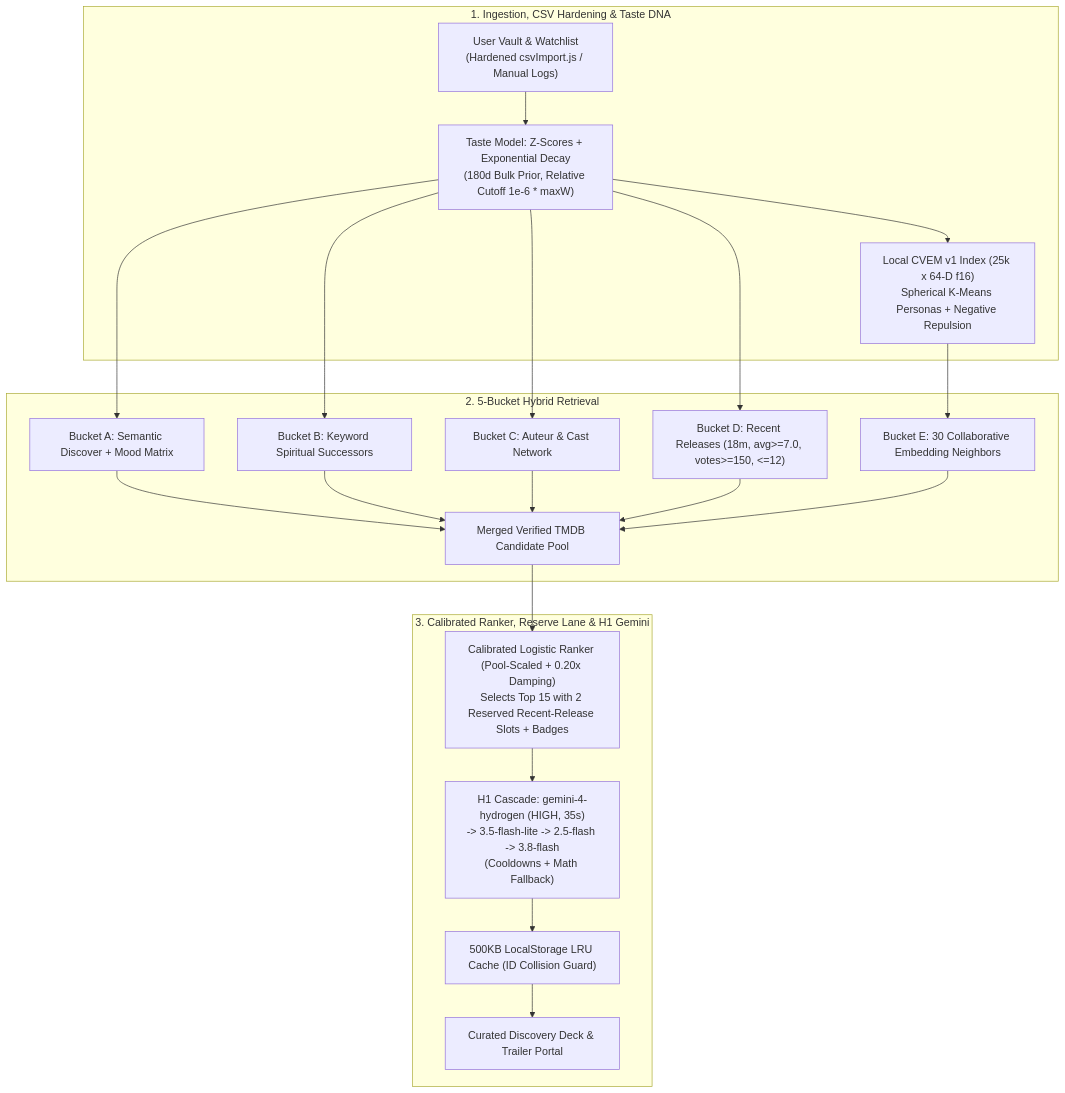
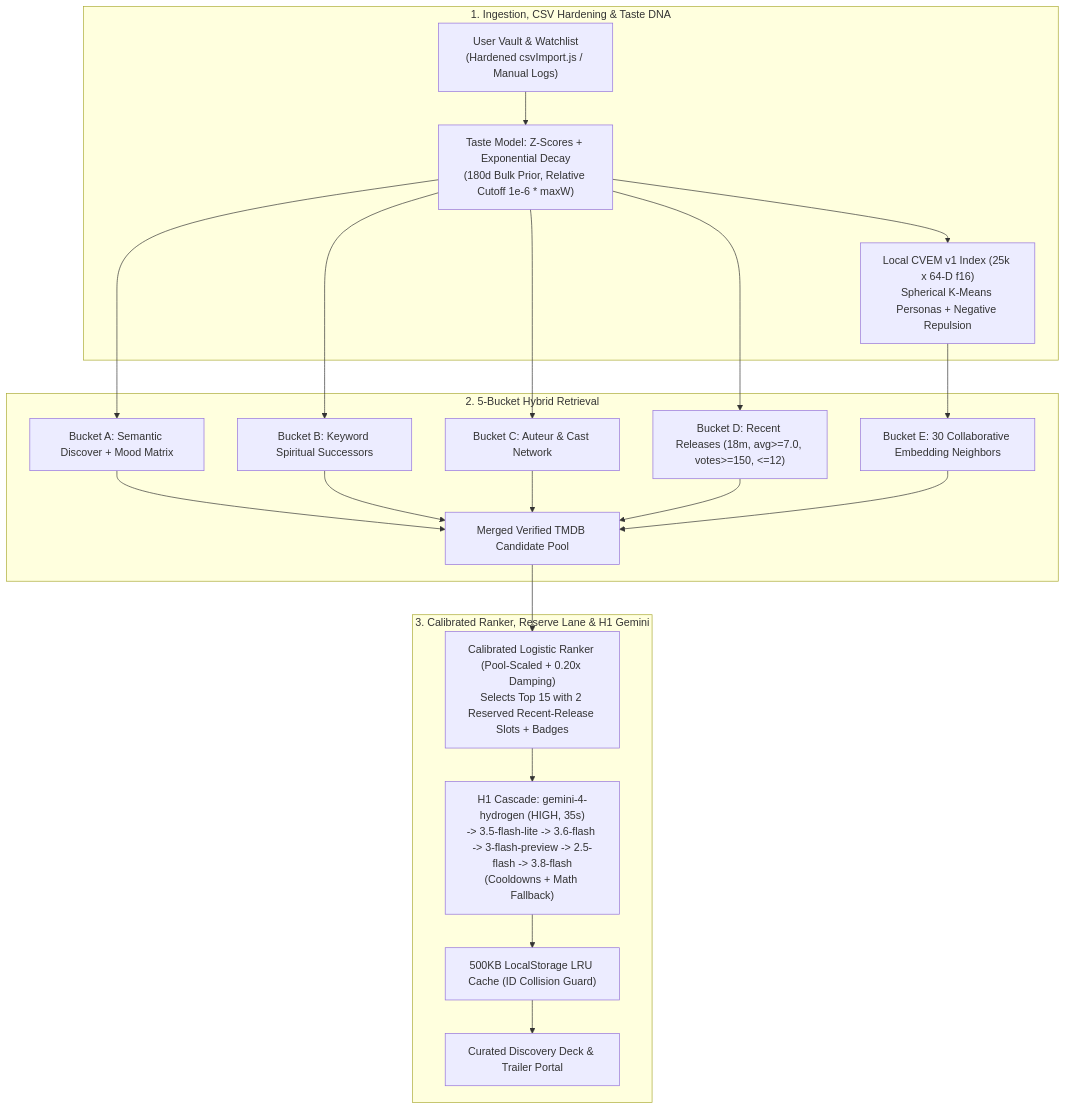
Before and after one commit to khuzaima175/React-Movie-Original: the diagram in README.md, drawn with Mermaid. The commit also changed other lines of this file and 6 other files, not shown here.

Commit message:
feat(gemini): add gemini-3.6-flash and gemini-3-flash-preview as cascade backups

````diff
--- a/README.md
+++ b/README.md
@@ -53,23 +53,23 @@
 ```mermaid
 flowchart TD
     subgraph Ingestion ["1. Ingestion, CSV Hardening & Taste DNA"]
         V["User Vault & Watchlist\n(Hardened csvImport.js / Manual Logs)"] --> TM["Taste Model: Z-Scores + Exponential Decay\n(180d Bulk Prior, Relative Cutoff 1e-6 * maxW)"]
         TM --> EMB["Local CVEM v1 Index (25k x 64-D f16)\nSpherical K-Means Personas + Negative Repulsion"]
     end
 
     subgraph Harvesting ["2. 5-Bucket Hybrid Retrieval"]
         TM --> B2["Bucket B: Keyword Spiritual Successors"]
         TM --> B3["Bucket C: Auteur & Cast Network"]
         TM --> B1["Bucket A: Semantic Discover + Mood Matrix"]
         TM --> B4["Bucket D: Recent Releases (18m, avg>=7.0, votes>=150, <=12)"]
         EMB --> B5["Bucket E: 30 Collaborative Embedding Neighbors"]
         B1 & B2 & B3 & B4 & B5 --> CP["Merged Verified TMDB Candidate Pool"]
     end
 
     subgraph ReRanking ["3. Calibrated Ranker, Reserve Lane & H1 Gemini"]
         CP --> RNK["Calibrated Logistic Ranker (Pool-Scaled + 0.20x Damping)\nSelects Top 15 with 2 Reserved Recent-Release Slots + Badges"]
-        RNK --> GEM["H1 Cascade: gemini-4-hydrogen (HIGH, 35s)\n-> 3.5-flash-lite -> 2.5-flash -> 3.8-flash\n(Cooldowns + Math Fallback)"]
+        RNK --> GEM["H1 Cascade: gemini-4-hydrogen (HIGH, 35s)\n-> 3.5-flash-lite -> 3.6-flash -> 3-flash-preview -> 2.5-flash -> 3.8-flash\n(Cooldowns + Math Fallback)"]
         GEM --> CACHE["500KB LocalStorage LRU Cache (ID Collision Guard)"]
         CACHE --> UI["Curated Discovery Deck & Trailer Portal"]
     end
 ```
````
